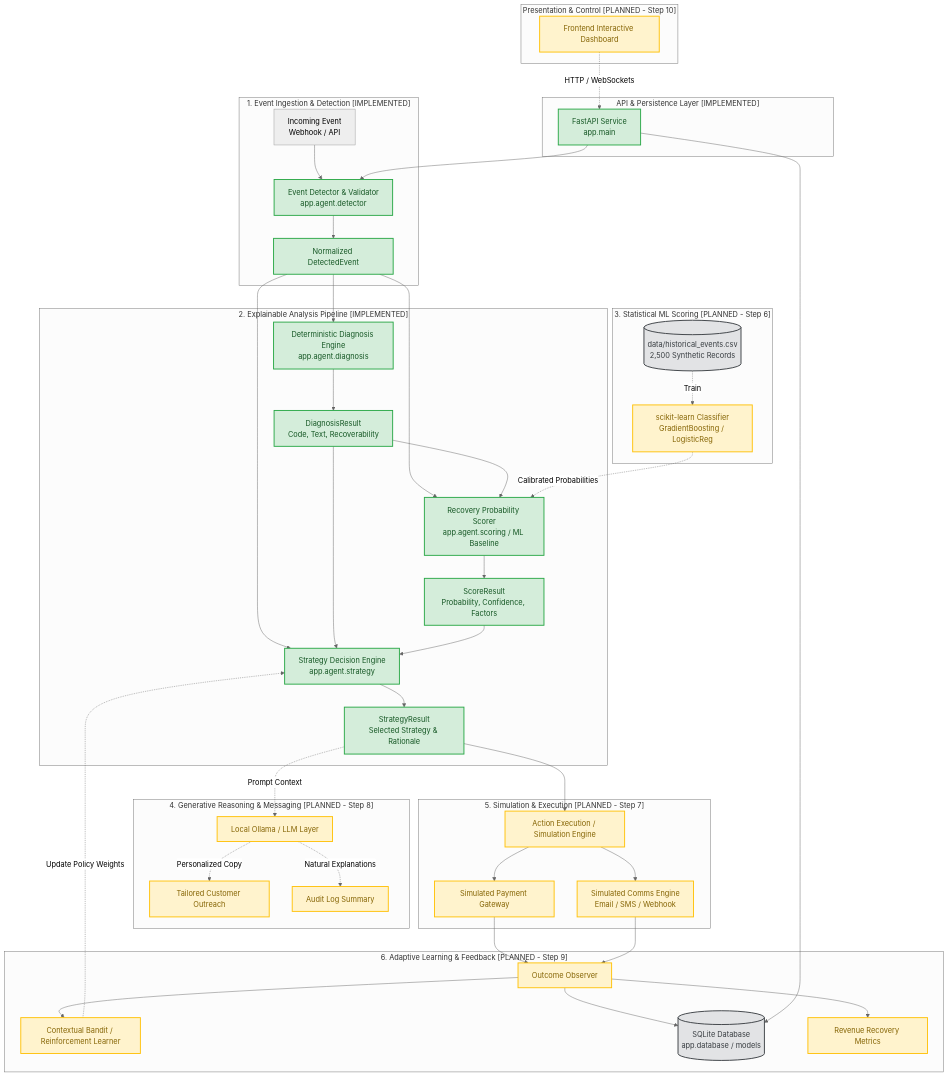
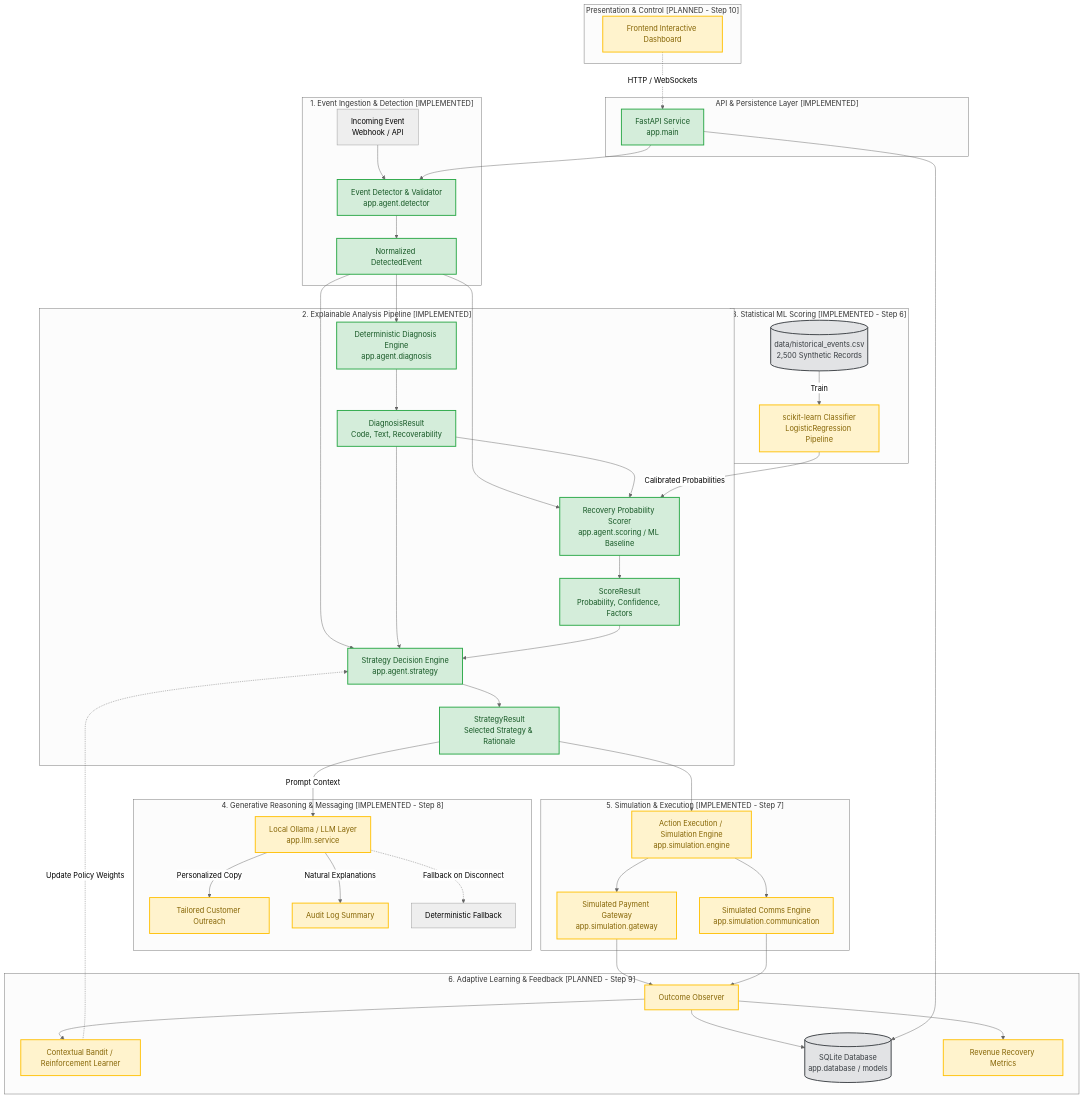
Before and after one commit to Hardikkagg/AI-Revenue-Recovery-Agent: the diagram in ARCHITECTURE.md, drawn with Mermaid (neutral theme). The commit also changed 15 other files, not shown here.

Commit message:
feat: add local LLM reasoning and messaging

````diff
--- a/ARCHITECTURE.md
+++ b/ARCHITECTURE.md
@@ -18,61 +18,63 @@
 ```mermaid
 flowchart TD
     subgraph Ingestion["1. Event Ingestion & Detection [IMPLEMENTED]"]
         E[Incoming Event<br/>Webhook / API] --> DET[Event Detector & Validator<br/>app.agent.detector]
         DET --> NORM[Normalized DetectedEvent]
     end
 
     subgraph Analysis["2. Explainable Analysis Pipeline [IMPLEMENTED]"]
         NORM --> DIAG[Deterministic Diagnosis Engine<br/>app.agent.diagnosis]
         DIAG --> DIAG_OUT[DiagnosisResult<br/>Code, Text, Recoverability]
         
         NORM & DIAG_OUT --> SCORER[Recovery Probability Scorer<br/>app.agent.scoring / ML Baseline]
         SCORER --> SCORE_OUT[ScoreResult<br/>Probability, Confidence, Factors]
         
         NORM & DIAG_OUT & SCORE_OUT --> STRAT[Strategy Decision Engine<br/>app.agent.strategy]
         STRAT --> STRAT_OUT[StrategyResult<br/>Selected Strategy & Rationale]
     end
 
-    subgraph Future_ML["3. Statistical ML Scoring [PLANNED - Step 6]"]
-        CSV[(data/historical_events.csv<br/>2,500 Synthetic Records)] -.->|Train| SKL[scikit-learn Classifier<br/>GradientBoosting / LogisticReg]
-        SKL -.->|Calibrated Probabilities| SCORER
+    subgraph Machine_Learning["3. Statistical ML Scoring [IMPLEMENTED - Step 6]"]
+        CSV[(data/historical_events.csv<br/>2,500 Synthetic Records)] -->|Train| SKL[scikit-learn Classifier<br/>LogisticRegression Pipeline]
+        SKL -->|Calibrated Probabilities| SCORER
     end
 
-    subgraph Future_LLM["4. Generative Reasoning & Messaging [PLANNED - Step 8]"]
-        STRAT_OUT -.->|Prompt Context| OLLAMA[Local Ollama / LLM Layer]
-        OLLAMA -.->|Personalized Copy| MSG[Tailored Customer Outreach]
-        OLLAMA -.->|Natural Explanations| AUDIT[Audit Log Summary]
+    subgraph LLM_Layer["4. Generative Reasoning & Messaging [IMPLEMENTED - Step 8]"]
+        STRAT_OUT -->|Prompt Context| OLLAMA[Local Ollama / LLM Layer<br/>app.llm.service]
+        OLLAMA -->|Personalized Copy| MSG[Tailored Customer Outreach]
+        OLLAMA -->|Natural Explanations| AUDIT[Audit Log Summary]
+        OLLAMA -.->|Fallback on Disconnect| TEMPLATE[Deterministic Fallback]
     end
 
-    subgraph Future_Execution["5. Simulation & Execution [PLANNED - Step 7]"]
-        STRAT_OUT --> EXEC[Action Execution / Simulation Engine]
-        EXEC --> GATEWAY[Simulated Payment Gateway]
-        EXEC --> COMM[Simulated Comms Engine<br/>Email / SMS / Webhook]
+    subgraph Simulation_Execution["5. Simulation & Execution [IMPLEMENTED - Step 7]"]
+        STRAT_OUT --> EXEC[Action Execution / Simulation Engine<br/>app.simulation.engine]
+        EXEC --> GATEWAY[Simulated Payment Gateway<br/>app.simulation.gateway]
+        EXEC --> COMM[Simulated Comms Engine<br/>app.simulation.communication]
     end
 
     subgraph Future_Learning["6. Adaptive Learning & Feedback [PLANNED - Step 9]"]
+
         GATEWAY & COMM --> OBS[Outcome Observer]
         OBS --> BANDIT[Contextual Bandit / Reinforcement Learner]
         BANDIT -.->|Update Policy Weights| STRAT
         OBS --> DB[(SQLite Database<br/>app.database / models)]
         OBS --> METRICS[Revenue Recovery Metrics]
     end
 
     subgraph API_Layer["API & Persistence Layer [IMPLEMENTED]"]
         FASTAPI[FastAPI Service<br/>app.main]
         FASTAPI --> DET
         FASTAPI --> DB
     end
 
     subgraph Presentation["Presentation & Control [PLANNED - Step 10]"]
         DASH[Frontend Interactive Dashboard] -.->|HTTP / WebSockets| FASTAPI
     end
 
     classDef implemented fill:#d4edda,stroke:#28a745,stroke-width:2px,color:#155724;
     classDef planned fill:#fff3cd,stroke:#ffc107,stroke-width:2px,color:#856404;
     classDef storage fill:#e2e3e5,stroke:#383d41,stroke-width:2px,color:#383d41;
 
     class DET,NORM,DIAG,DIAG_OUT,SCORER,SCORE_OUT,STRAT,STRAT_OUT,FASTAPI implemented;
     class SKL,OLLAMA,MSG,AUDIT,EXEC,GATEWAY,COMM,OBS,BANDIT,METRICS,DASH planned;
     class CSV,DB storage;
 ```
````
